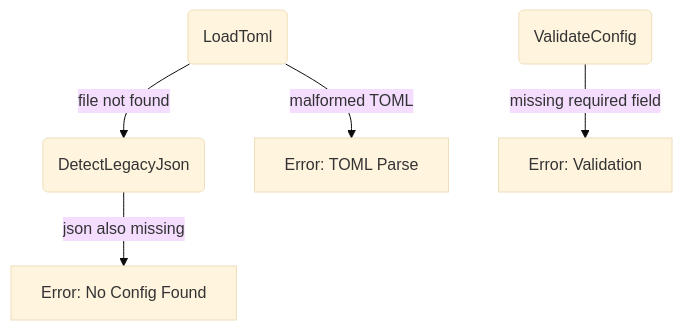
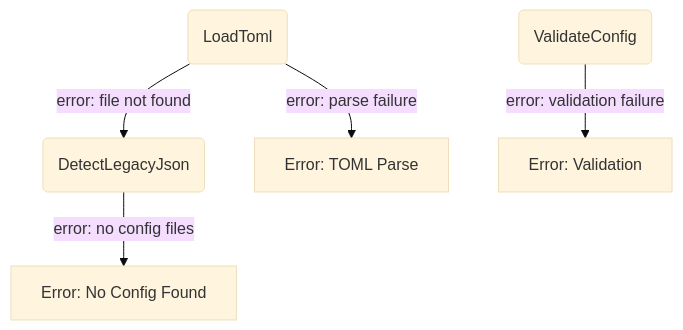
One commit to cosmoswafer/rockbot changed the second of 3 diagrams in _dfds/config.md. Above: the diagram before and after it, drawn with Mermaid (base theme). The commit also changed other lines of this file and 7 other files, not shown here.

````diff
--- a/_dfds/config.md
+++ b/_dfds/config.md
@@ -46,14 +46,14 @@
 ```mermaid
 flowchart TD
     LOAD(LoadToml)
     DETECT(DetectLegacyJson)
     ERR_NO_CFG[Error: No Config Found]
     ERR_PARSE[Error: TOML Parse]
     ERR_VALID[Error: Validation]
     VALIDATE(ValidateConfig)
 
-    LOAD -->|"file not found"| DETECT
-    DETECT -->|"json also missing"| ERR_NO_CFG
-    LOAD -->|"malformed TOML"| ERR_PARSE
-    VALIDATE -->|"missing required field"| ERR_VALID
+    LOAD -->|"error: file not found"| DETECT
+    DETECT -->|"error: no config files"| ERR_NO_CFG
+    LOAD -->|"error: parse failure"| ERR_PARSE
+    VALIDATE -->|"error: validation failure"| ERR_VALID
 ```
````
